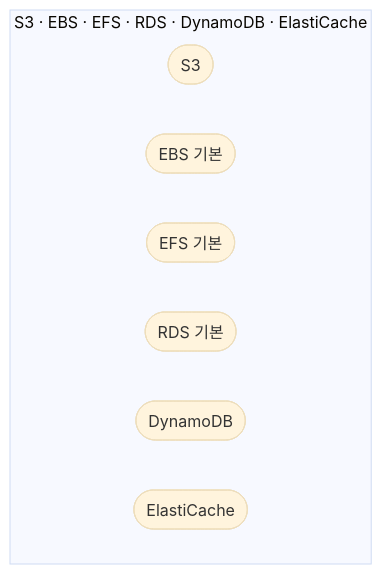
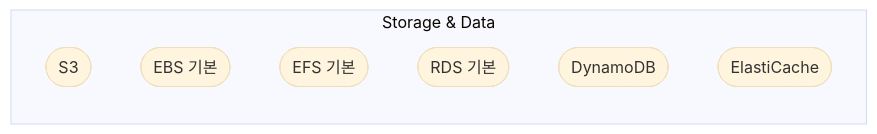
Before and after one commit to gwonmin/QuizNox_front: the third of 5 diagrams in public/handbook/aws-common/overview.md, drawn with Mermaid (base theme). The commit also changed other lines of this file and 164 other files, not shown here.

First line of the commit message:
feat: update AWS common handbook with new sections and diagrams

````diff
--- a/public/handbook/aws-common/overview.md
+++ b/public/handbook/aws-common/overview.md
@@ -41,11 +53,11 @@
 ```mermaid
-flowchart TB
-  subgraph stor [S3 · EBS · EFS · RDS · DynamoDB · ElastiCache]
+flowchart LR
+  subgraph stor [Storage & Data]
     S3([S3])
     EBS([EBS 기본])
     EFS([EFS 기본])
     RDS([RDS 기본])
     DDB([DynamoDB])
     EC([ElastiCache])
   end
 ```
````
